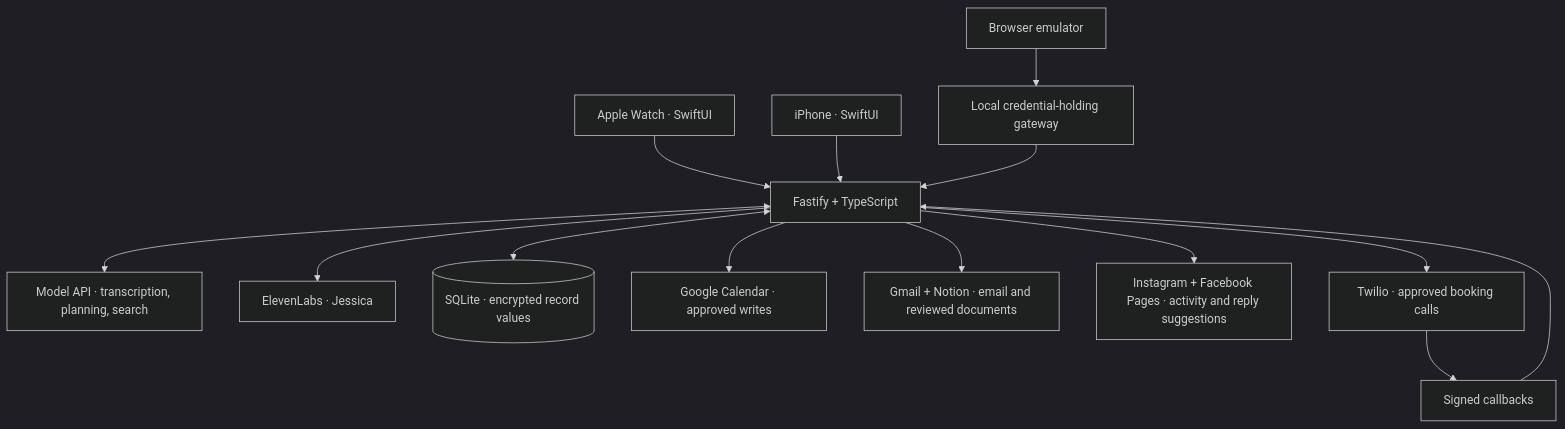
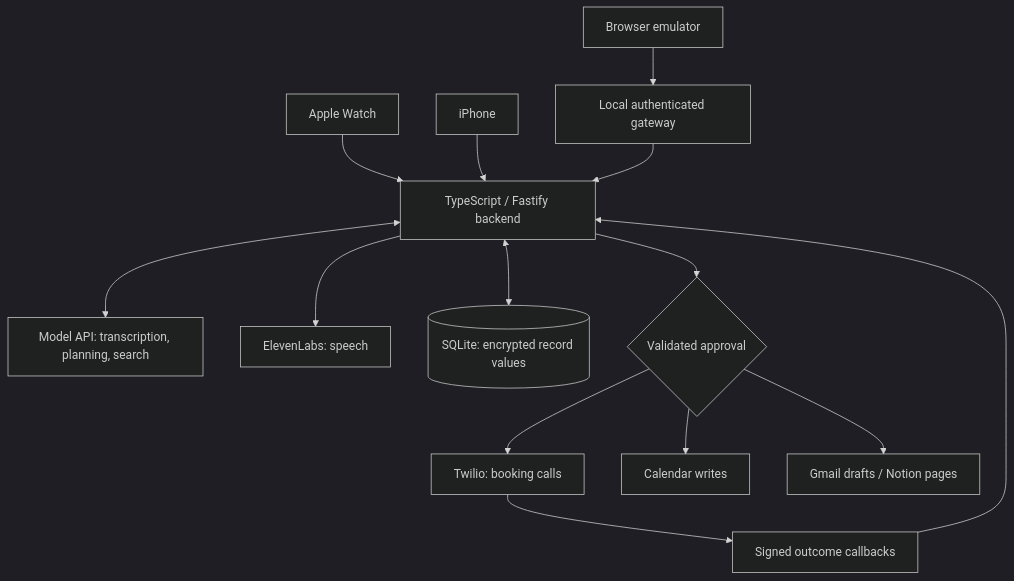
One commit to vbshuliar/mochi-for-watch changed the second of 2 diagrams in README.md. Above: the diagram before and after it, drawn with Mermaid (dark theme). The commit also changed other lines of this file, not shown here.

Commit message:
Focus README on booking, setup, architecture and capability boundaries

````diff
--- a/README.md
+++ b/README.md
@@ -208,16 +129,16 @@
 ```mermaid
 flowchart TD
-    Watch[Apple Watch · SwiftUI] --> API[Fastify + TypeScript]
-    Phone[iPhone · SwiftUI] --> API
-    Browser[Browser emulator] --> Gateway[Local credential-holding gateway]
+    Watch[Apple Watch] --> API[TypeScript / Fastify backend]
+    Phone[iPhone] --> API
+    Browser[Browser emulator] --> Gateway[Local authenticated gateway]
     Gateway --> API
-    API <--> Model[Model API · transcription, planning, search]
-    API --> Voice[ElevenLabs · Jessica]
-    API <--> Data[(SQLite · encrypted record values)]
-    API --> Calendar[Google Calendar · approved writes]
-    API --> Workspace[Gmail + Notion · email and reviewed documents]
-    API --> Social[Instagram + Facebook Pages · activity and reply suggestions]
-    API --> Calls[Twilio · approved booking calls]
-    Calls --> Hooks[Signed callbacks]
+    API <--> Model[Model API: transcription, planning, search]
+    API --> Voice[ElevenLabs: speech]
+    API <--> Data[(SQLite: encrypted record values)]
+    API --> Approval{Validated approval}
+    Approval --> Calls[Twilio: booking calls]
+    Calls --> Hooks[Signed outcome callbacks]
     Hooks --> API
+    Approval --> Calendar[Calendar writes]
+    Approval --> Docs[Gmail drafts / Notion pages]
 ```
````
